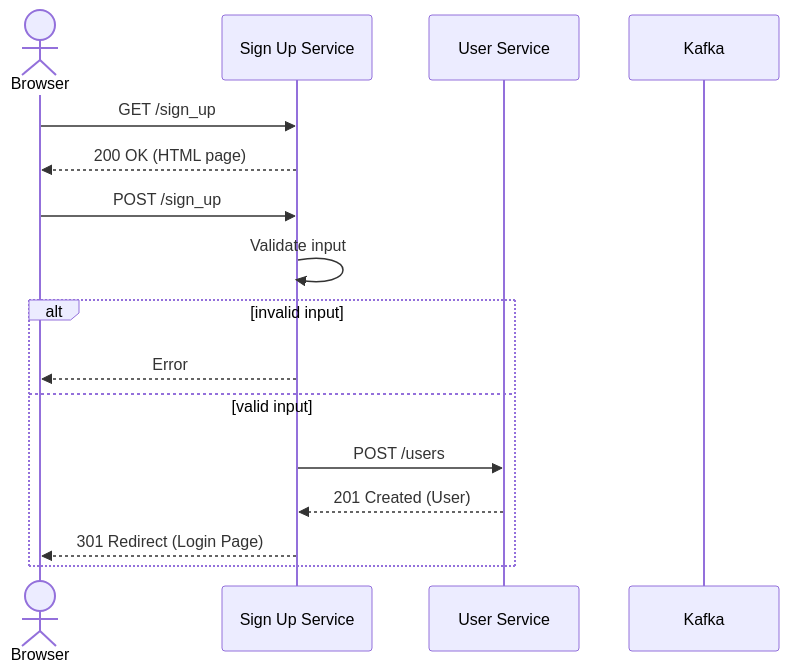
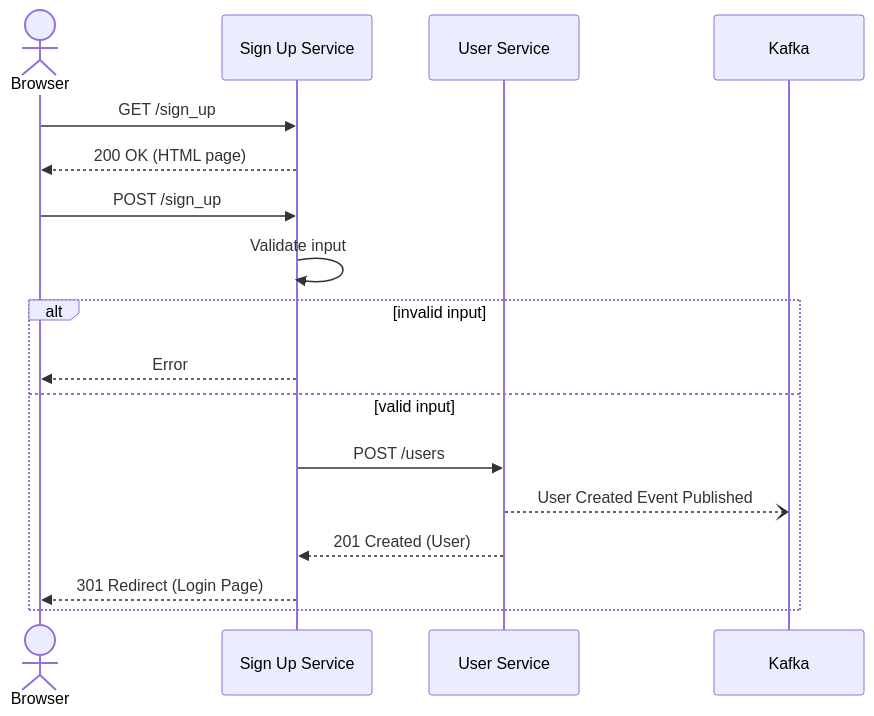
The fourth of 4 diagrams in mermaid_diagrams.md (rawandrew/diagramming), drawn with Mermaid before and after one commit. The commit also changed other lines of this file, not shown here.

Commit message:
Add asynchronous interaction to the diagram.

````diff
--- a/mermaid_diagrams.md
+++ b/mermaid_diagrams.md
@@ -82,21 +83,22 @@
 ```mermaid
 sequenceDiagram
     actor Browser
     participant Sign Up Service
     participant User Service
     participant Kafka
     
     Browser ->> Sign Up Service: GET /sign_up
     Sign Up Service -->> Browser: 200 OK (HTML page)
     
     Browser ->> Sign Up Service: POST /sign_up
     Sign Up Service ->> Sign Up Service: Validate input
     
     alt invalid input
         Sign Up Service -->> Browser: Error
     else valid input
         Sign Up Service ->> User Service: POST /users
+        User Service --) Kafka: User Created Event Published
         User Service -->> Sign Up Service: 201 Created (User)
         Sign Up Service -->> Browser: 301 Redirect (Login Page)
     end
 ```
````
